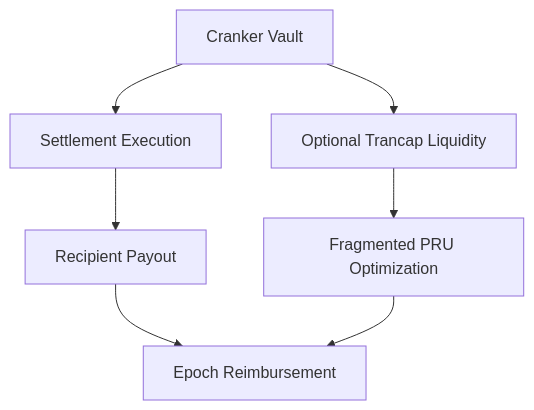
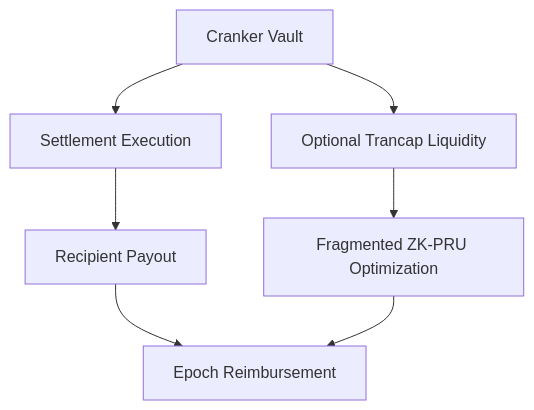
Before and after one commit to Trustlink-Labs/TSN-Protocol: the sixth of 8 diagrams in README.md, drawn with Mermaid. The commit also changed other lines of this file, not shown here.

````diff
--- a/README.md
+++ b/README.md
@@ -224,9 +224,9 @@
 ```mermaid
 flowchart TD
     A[Cranker Vault] --> B[Settlement Execution]
     A --> C[Optional Trancap Liquidity]
     B --> D[Recipient Payout]
-    C --> E[Fragmented PRU Optimization]
+    C --> E[Fragmented ZK-PRU Optimization]
     D --> F[Epoch Reimbursement]
     E --> F
 ```
````
